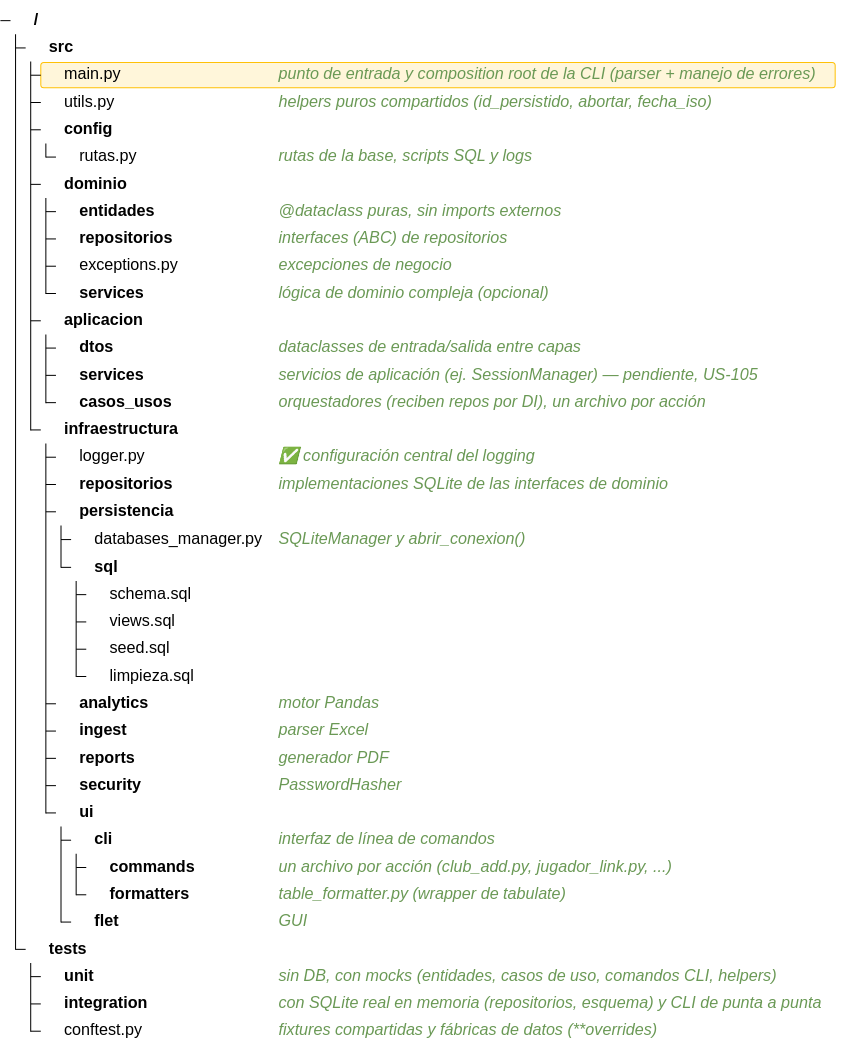
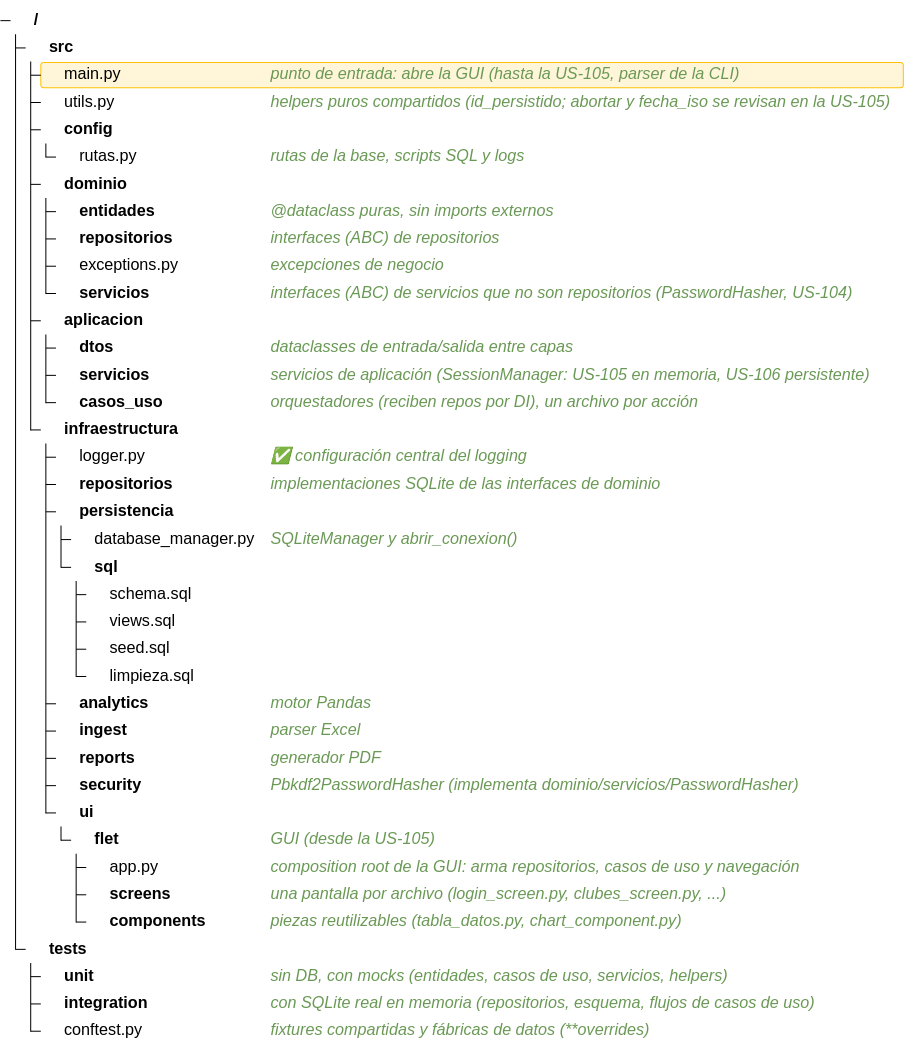
One commit to Stack-dos/app_estadisticas changed the first of 2 diagrams in docs/plan_desarrollo_detallado.md. Above: the diagram before and after it, drawn with Mermaid. The commit also changed other lines of this file, not shown here.

````diff
--- a/docs/plan_desarrollo_detallado.md
+++ b/docs/plan_desarrollo_detallado.md
@@ -185,45 +204,45 @@
 ```mermaid
 ---
 config:
   treeView:
     showIcons: true
 ---
 treeView-beta
   src/
-    main.py :::highlight icon(logos:python) ## punto de entrada y composition root de la CLI (parser + manejo de errores)
-    utils.py ## helpers puros compartidos (id_persistido, abortar, fecha_iso)
+    main.py :::highlight icon(logos:python) ## punto de entrada: abre la GUI (hasta la US-105, parser de la CLI)
+    utils.py ## helpers puros compartidos (id_persistido; abortar y fecha_iso se revisan en la US-105)
     config/
       rutas.py ## rutas de la base, scripts SQL y logs
     dominio/
       entidades/ ## @dataclass puras, sin imports externos
       repositorios/ ## interfaces (ABC) de repositorios
       exceptions.py ## excepciones de negocio
-      services/ ## lógica de dominio compleja (opcional)
+      servicios/ ## interfaces (ABC) de servicios que no son repositorios (PasswordHasher, US-104)
     aplicacion/
       dtos/ ## dataclasses de entrada/salida entre capas
-      services/ ## servicios de aplicación (ej. SessionManager) — pendiente, US-105
-      casos_usos/ ## orquestadores (reciben repos por DI), un archivo por acción
+      servicios/ ## servicios de aplicación (SessionManager: US-105 en memoria, US-106 persistente)
+      casos_uso/ ## orquestadores (reciben repos por DI), un archivo por acción
     infraestructura/
       logger.py ## ✅ configuración central del logging
       repositorios/ ## implementaciones SQLite de las interfaces de dominio
       persistencia/
-        databases_manager.py ## SQLiteManager y abrir_conexion()
+        database_manager.py ## SQLiteManager y abrir_conexion()
         sql/
           schema.sql
           views.sql
           seed.sql
           limpieza.sql
       analytics/ ## motor Pandas
       ingest/ ## parser Excel
       reports/ ## generador PDF
-      security/ ## PasswordHasher
+      security/ ## Pbkdf2PasswordHasher (implementa dominio/servicios/PasswordHasher)
       ui/
-        cli/ ## interfaz de línea de comandos
-          commands/ ## un archivo por acción (club_add.py, jugador_link.py, ...)
-          formatters/ ## table_formatter.py (wrapper de tabulate)
-        flet/ ## GUI
+        flet/ ## GUI (desde la US-105)
+          app.py ## composition root de la GUI: arma repositorios, casos de uso y navegación
+          screens/ ## una pantalla por archivo (login_screen.py, clubes_screen.py, ...)
+          components/ ## piezas reutilizables (tabla_datos.py, chart_component.py)
 tests/
-  unit/ ## sin DB, con mocks (entidades, casos de uso, comandos CLI, helpers)
-  integration/ ## con SQLite real en memoria (repositorios, esquema) y CLI de punta a punta
+  unit/ ## sin DB, con mocks (entidades, casos de uso, servicios, helpers)
+  integration/ ## con SQLite real en memoria (repositorios, esquema, flujos de casos de uso)
   conftest.py ## fixtures compartidas y fábricas de datos (**overrides)
 ```
````
